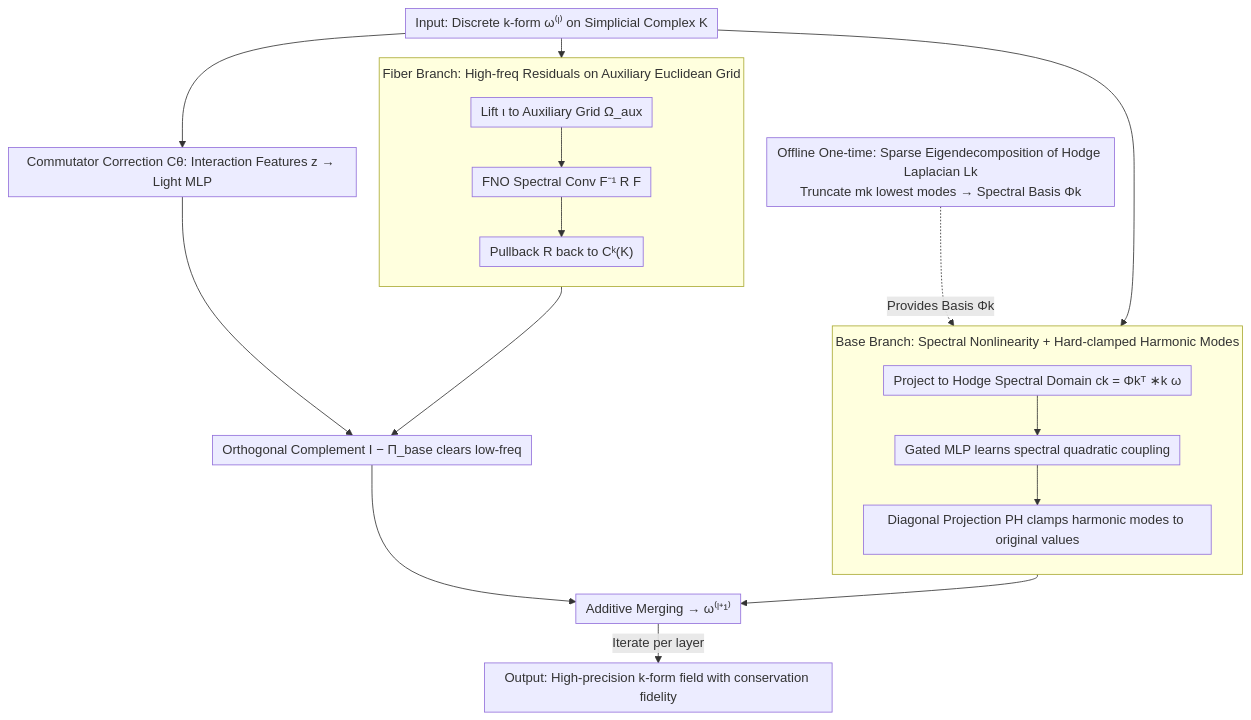
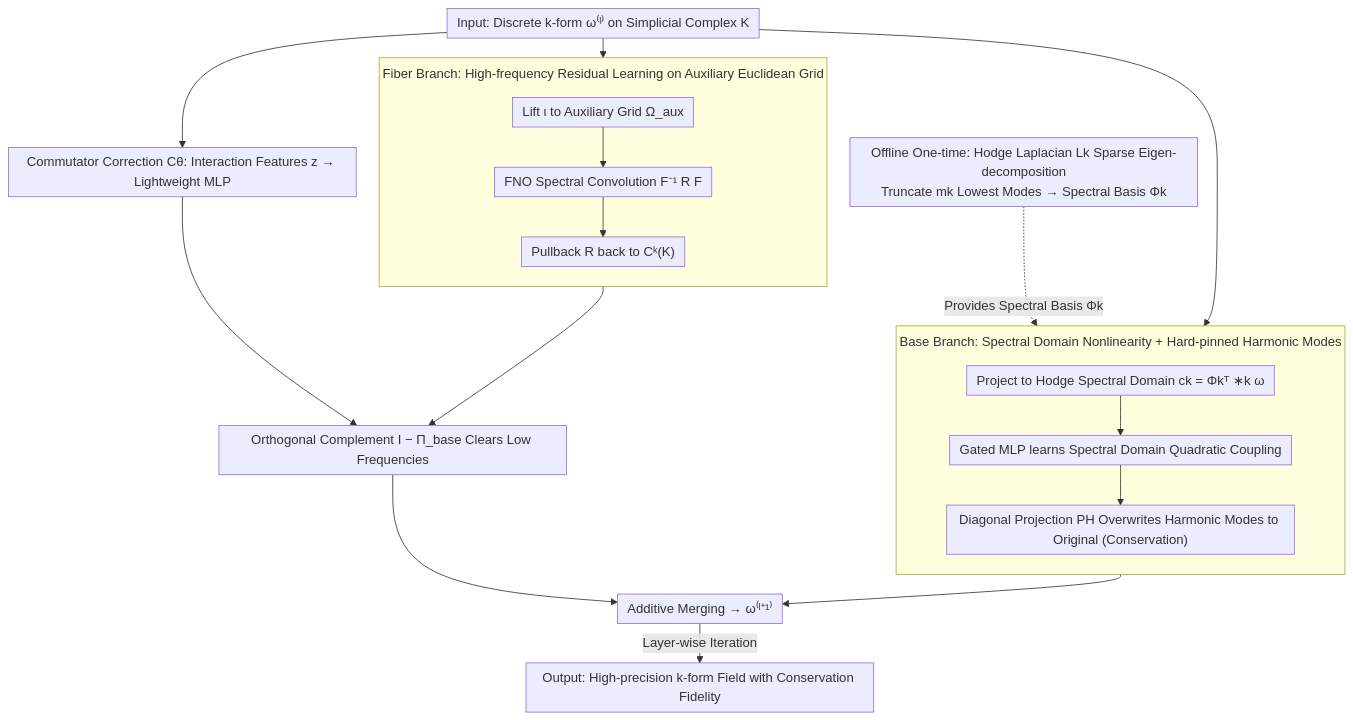
One commit to zhaoyang97/Paper-Notes-en changed the diagram in docs/ICML2026/physics/topology-preserving_neural_operator_learning_via_hodge_decomposition.md. Above: the diagram before and after it, drawn with Mermaid. The commit also changed other lines of this file and 5084 other files, not shown here.

````diff
--- a/docs/ICML2026/physics/topology-preserving_neural_operator_learning_via_hodge_decomposition.md
+++ b/docs/ICML2026/physics/topology-preserving_neural_operator_learning_via_hodge_decomposition.md
@@ -46,28 +46,28 @@
 ```mermaid
 %%{init: {'flowchart': {'rankSpacing': 24, 'nodeSpacing': 28, 'padding': 6, 'wrappingWidth': 400, 'subGraphTitleMargin': {'top': 8, 'bottom': 16}}}}%%
 flowchart TD
-    OFF["Offline One-time: Sparse Eigendecomposition of Hodge Laplacian Lk<br/>Truncate mk lowest modes → Spectral Basis Φk"]
+    OFF["Offline One-time: Hodge Laplacian Lk Sparse Eigen-decomposition<br/>Truncate mk Lowest Modes → Spectral Basis Φk"]
     IN["Input: Discrete k-form ω⁽ˡ⁾ on Simplicial Complex K"]
-    OFF -.Provides Basis Φk.-> B1
+    OFF -.Provides Spectral Basis Φk.-> B1
     IN --> B1
     IN --> F1
     IN --> C1
 
-    subgraph BASE["Base Branch: Spectral Nonlinearity + Hard-clamped Harmonic Modes"]
+    subgraph BASE["Base Branch: Spectral Domain Nonlinearity + Hard-pinned Harmonic Modes"]
         direction TB
-        B1["Project to Hodge Spectral Domain ck = Φkᵀ ∗k ω"] --> B2["Gated MLP learns spectral quadratic coupling"]
-        B2 --> B3["Diagonal Projection PH clamps harmonic modes to original values"]
+        B1["Project to Hodge Spectral Domain ck = Φkᵀ ∗k ω"] --> B2["Gated MLP learns Spectral Domain Quadratic Coupling"]
+        B2 --> B3["Diagonal Projection PH Overwrites Harmonic Modes to Original (Conservation)"]
     end
-    subgraph FIBER["Fiber Branch: High-freq Residuals on Auxiliary Euclidean Grid"]
+    subgraph FIBER["Fiber Branch: High-frequency Residual Learning on Auxiliary Euclidean Grid"]
         direction TB
-        F1["Lift ι to Auxiliary Grid Ω_aux"] --> F2["FNO Spectral Conv F⁻¹ R F"]
+        F1["Lift ι to Auxiliary Grid Ω_aux"] --> F2["FNO Spectral Convolution F⁻¹ R F"]
         F2 --> F3["Pullback R back to Cᵏ(K)"]
     end
-    C1["Commutator Correction Cθ: Interaction Features z → Light MLP"]
+    C1["Commutator Correction Cθ: Interaction Features z → Lightweight MLP"]
 
-    F3 --> PROJ["Orthogonal Complement I − Π_base clears low-freq"]
+    F3 --> PROJ["Orthogonal Complement I − Π_base Clears Low Frequencies"]
     C1 --> PROJ
     B3 --> SUM["Additive Merging → ω⁽ˡ⁺¹⁾"]
     PROJ --> SUM
-    SUM -->|Iterate per layer| OUT["Output: High-precision k-form field with conservation fidelity"]
+    SUM -->|Layer-wise Iteration| OUT["Output: High-precision k-form Field with Conservation Fidelity"]
 ```
````
